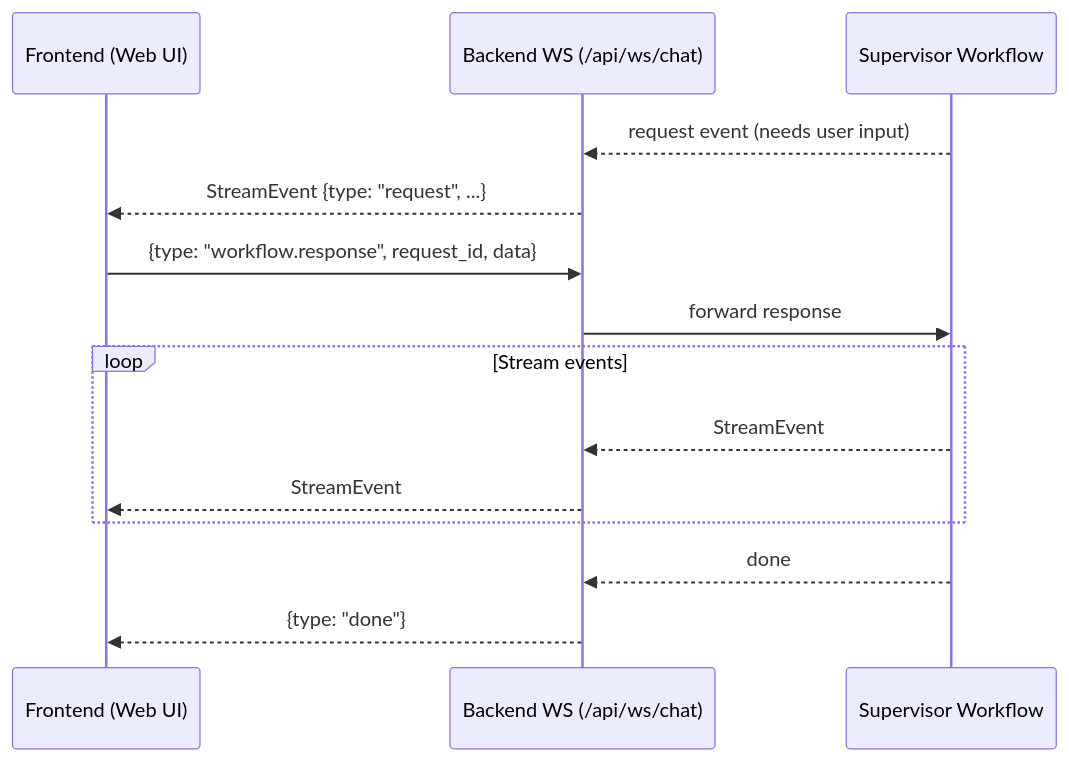
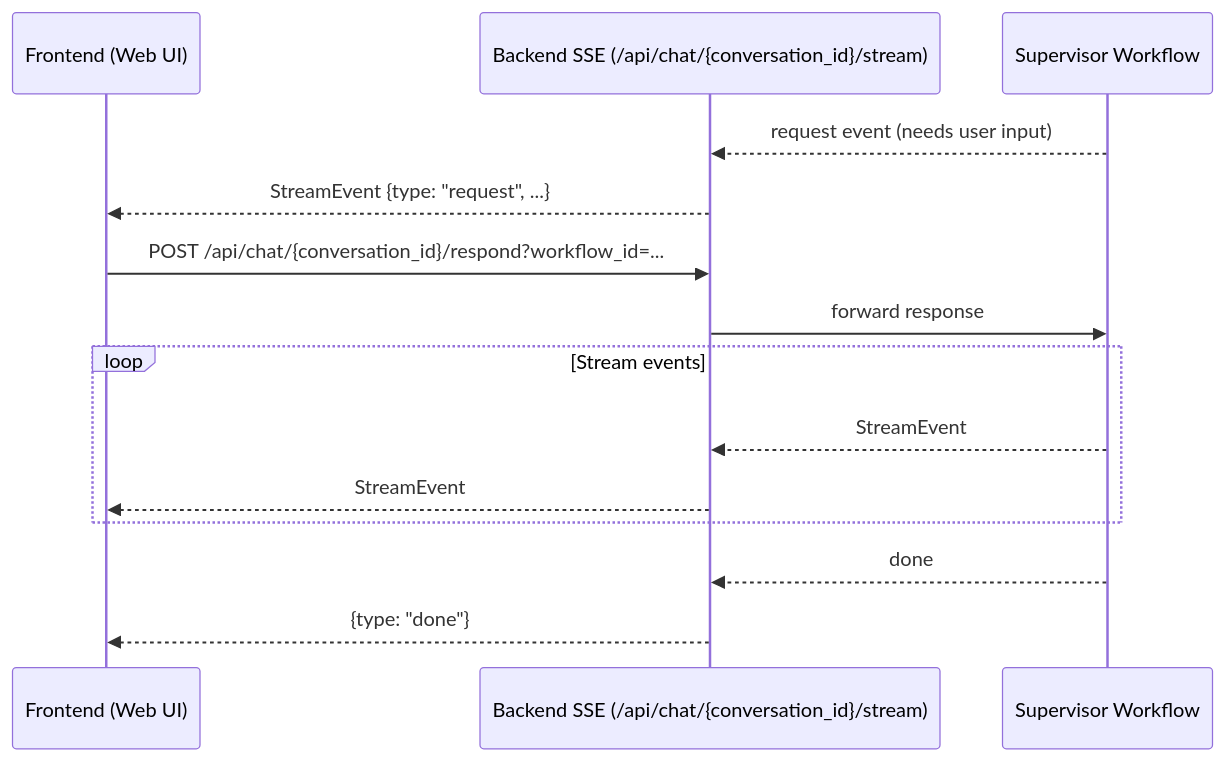
The second of 3 diagrams in docs/users/frontend.md (Qredence/agentic-fleet), drawn with Mermaid before and after one commit. The commit also changed other lines of this file and 33 other files, not shown here.

````diff
--- a/docs/users/frontend.md
+++ b/docs/users/frontend.md
@@ -215,20 +193,20 @@
 ```mermaid
 sequenceDiagram
 	participant FE as Frontend (Web UI)
-	participant WS as Backend WS (/api/ws/chat)
+	participant SSE as Backend SSE (/api/chat/{conversation_id}/stream)
 	participant WF as Supervisor Workflow
 
-	WF-->>WS: request event (needs user input)
-	WS-->>FE: StreamEvent {type: "request", ...}
+	WF-->>SSE: request event (needs user input)
+	SSE-->>FE: StreamEvent {type: "request", ...}
 
-	FE->>WS: {type: "workflow.response", request_id, data}
-	WS->>WF: forward response
+	FE->>SSE: POST /api/chat/{conversation_id}/respond?workflow_id=...
+	SSE->>WF: forward response
 
 	loop Stream events
-		WF-->>WS: StreamEvent
-		WS-->>FE: StreamEvent
+		WF-->>SSE: StreamEvent
+		SSE-->>FE: StreamEvent
 	end
 
-	WF-->>WS: done
-	WS-->>FE: {type: "done"}
+	WF-->>SSE: done
+	SSE-->>FE: {type: "done"}
 ```
````
